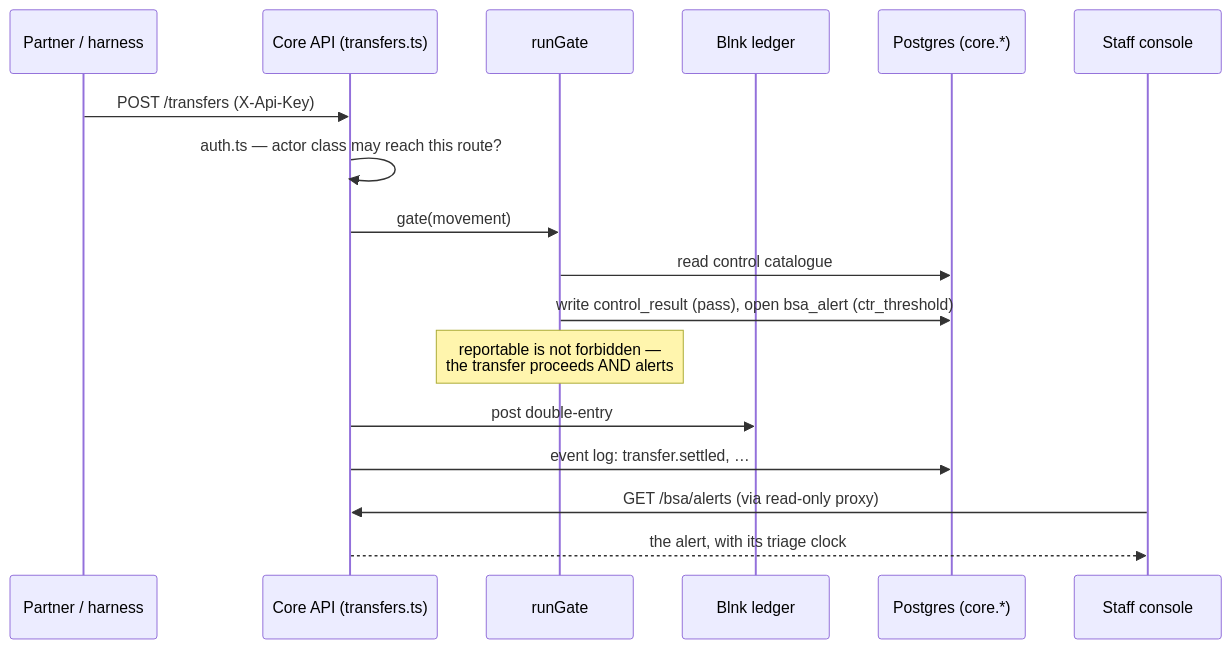
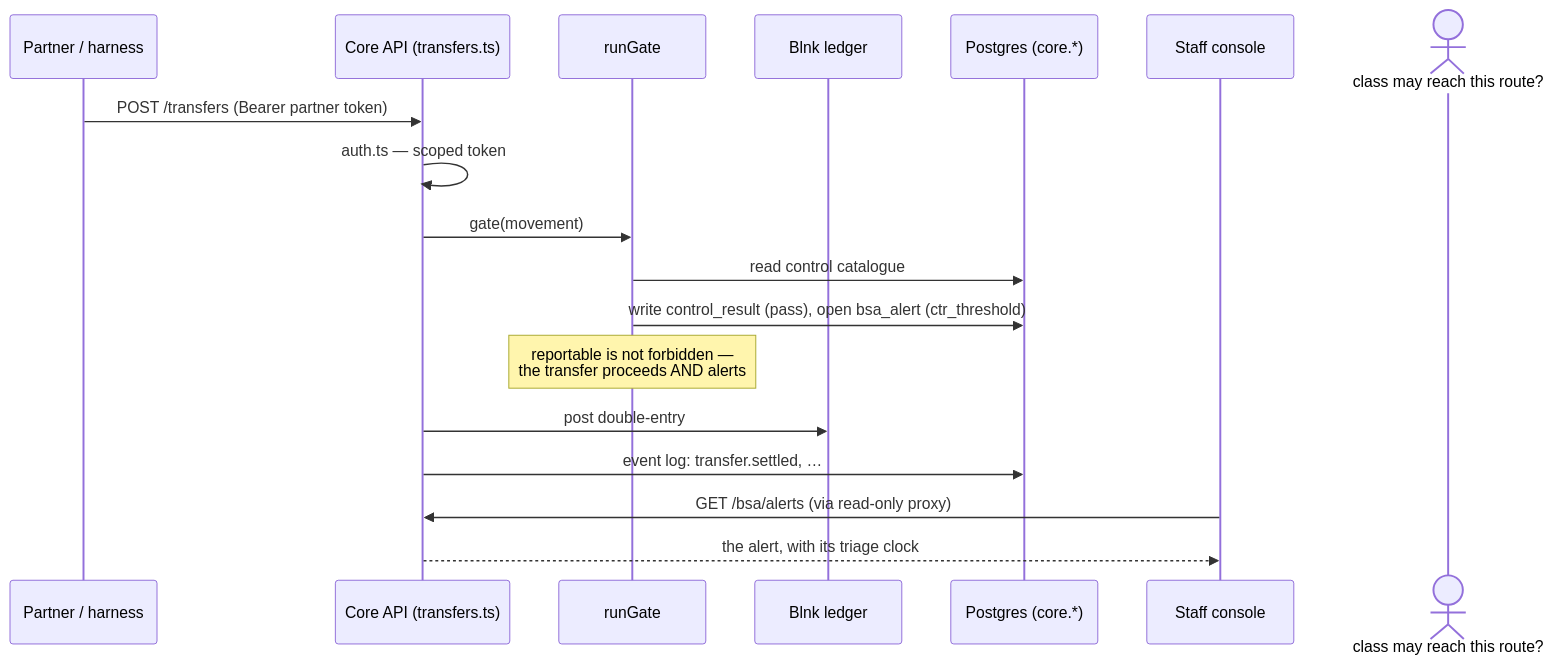
Before and after one commit to Cassandra-Labs-Foundation/pynthia-policies-and-procedures: the first of 3 diagrams in docs/architecture/walkthroughs.md, drawn with Mermaid. The commit also changed 19 other files, not shown here.

````diff
--- a/docs/architecture/walkthroughs.md
+++ b/docs/architecture/walkthroughs.md
@@ -11,19 +11,19 @@
 ```mermaid
 sequenceDiagram
     participant P as Partner / harness
     participant A as Core API (transfers.ts)
     participant G as runGate
     participant B as Blnk ledger
     participant D as Postgres (core.*)
     participant U as Staff console
-    P->>A: POST /transfers (X-Api-Key)
-    A->>A: auth.ts — actor class may reach this route?
+    P->>A: POST /transfers (Bearer partner token)
+    A->>A: auth.ts — scoped token; actor class may reach this route?
     A->>G: gate(movement)
     G->>D: read control catalogue
     G->>D: write control_result (pass), open bsa_alert (ctr_threshold)
     Note over G: reportable is not forbidden —<br/>the transfer proceeds AND alerts
     A->>B: post double-entry
     A->>D: event log: transfer.settled, …
     U->>A: GET /bsa/alerts (via read-only proxy)
     A-->>U: the alert, with its triage clock
 ```
````
